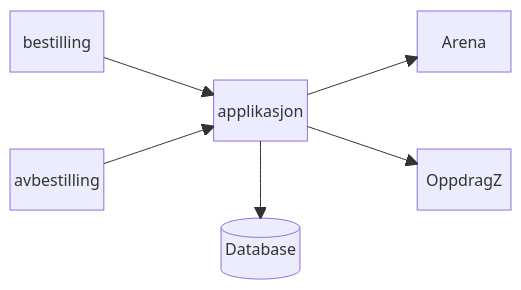
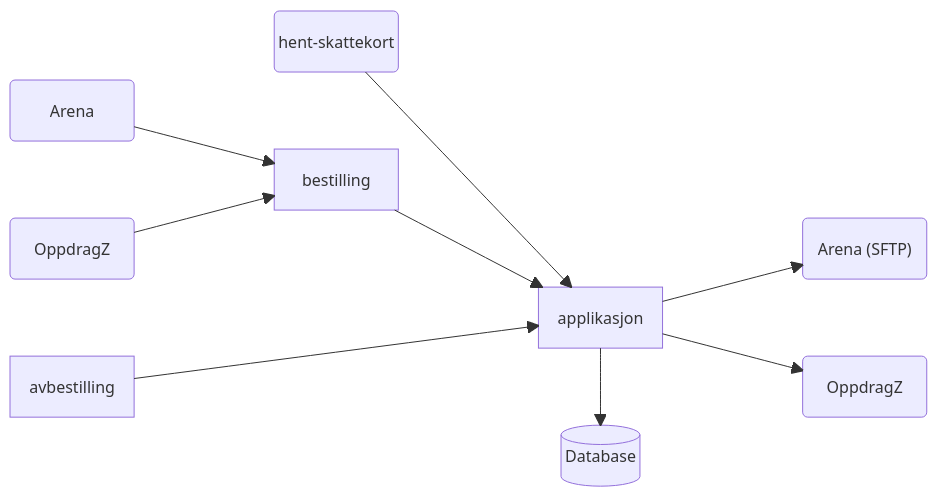
Before and after one commit to navikt/sokos-skattekort: the first of 4 diagrams in README.md, drawn with Mermaid. The commit also changed 7 other files, not shown here.

````diff
--- a/README.md
+++ b/README.md
@@ -44,13 +44,20 @@
 ```mermaid
 block-beta
-    columns 5
-    bestilling space space space Arena
-    space space applikasjon space space
-    avbestilling space space space OppdragZ
-    space space db[("Database")] space space
-    bestilling-->applikasjon
-    avbestilling-->applikasjon
-    applikasjon-->Arena
-    applikasjon-->OppdragZ
-    applikasjon-->db
+    columns 7
+    space              space        hent("hent-skattekort") space space             space space
+    Arena_inn("Arena") space        space      space space             space space
+    space              space        bestilling space space             space space 
+    OS_inn("OppdragZ") space        space      space space             space Arena("Arena (SFTP)")
+    space              space        space      space applikasjon       space space 
+    avbestilling       space        space      space space             space OS("OppdragZ")
+    space              space        space      space db[("Database")]  space space 
+    Arena_inn --> bestilling
+    OS_inn --> bestilling
+    space bestilling --> applikasjon
+    space avbestilling --> applikasjon
+    space applikasjon --> Arena
+    space applikasjon --> OS
+    space applikasjon --> db
+    hent --> applikasjon
+
 ```
````
